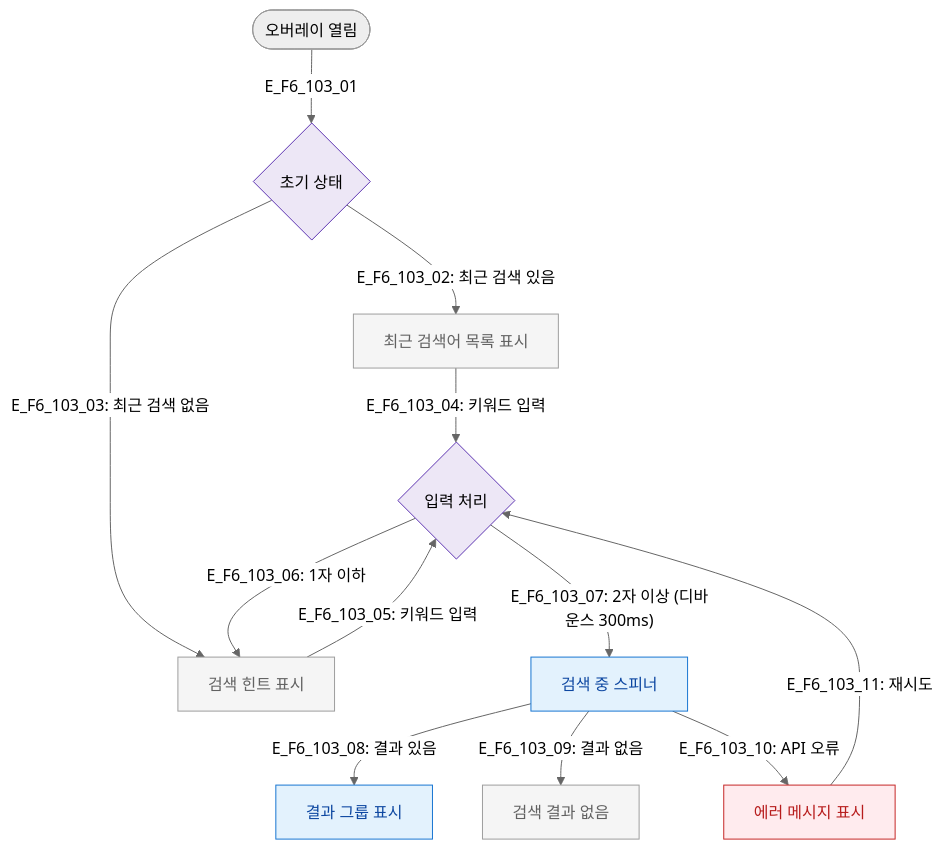
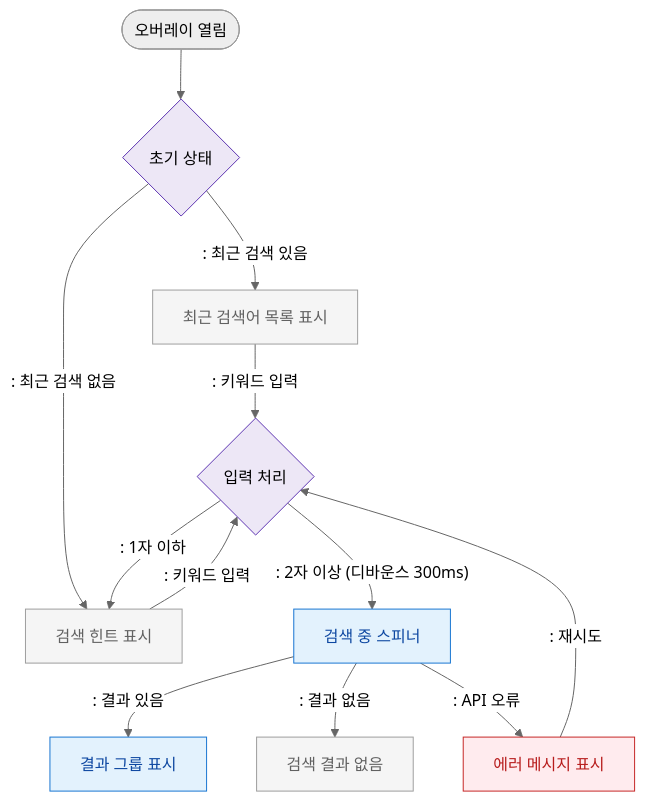
Before and after one commit to dev-spogym/admin-pando: the diagram in docs/다이어그램/D01_공통/SCR-103_글로벌검색/F6_상태별.md, drawn with Mermaid (neutral theme). The commit also changed other lines of this file and 1660 other files, not shown here.

First line of the commit message:
다이어그램: 기획자/클라이언트 납품본으로 정리

````diff
--- a/docs/다이어그램/D01_공통/SCR-103_글로벌검색/F6_상태별.md
+++ b/docs/다이어그램/D01_공통/SCR-103_글로벌검색/F6_상태별.md
@@ -19,28 +17,28 @@
 ```mermaid
 flowchart TD
-    ENTER([오버레이 열림]) -->|E_F6_103_01| INIT{초기 상태}
+    ENTER([오버레이 열림]) --> INIT{초기 상태}
 
-    INIT -->|"E_F6_103_02: 최근 검색 있음"| STATE_RECENT[최근 검색어 목록 표시]
-    INIT -->|"E_F6_103_03: 최근 검색 없음"| STATE_HINT[검색 힌트 표시]
+    INIT -->|": 최근 검색 있음"|STATE_RECENT[최근 검색어 목록 표시]
+    INIT -->|": 최근 검색 없음"|STATE_HINT[검색 힌트 표시]
 
-    STATE_RECENT -->|"E_F6_103_04: 키워드 입력"| TYPING{입력 처리}
-    STATE_HINT -->|"E_F6_103_05: 키워드 입력"| TYPING
+    STATE_RECENT -->|": 키워드 입력"|TYPING{입력 처리}
+    STATE_HINT -->|": 키워드 입력"|TYPING
 
-    TYPING -->|"E_F6_103_06: 1자 이하"| STATE_HINT
-    TYPING -->|"E_F6_103_07: 2자 이상 (디바운스 300ms)"| STATE_LOADING[검색 중 스피너]
+    TYPING -->|": 1자 이하"|STATE_HINT
+    TYPING -->|": 2자 이상 (디바운스 300ms)"|STATE_LOADING[검색 중 스피너]
 
-    STATE_LOADING -->|"E_F6_103_08: 결과 있음"| STATE_RESULTS[결과 그룹 표시]
-    STATE_LOADING -->|"E_F6_103_09: 결과 없음"| STATE_EMPTY[검색 결과 없음]
-    STATE_LOADING -->|"E_F6_103_10: API 오류"| STATE_ERROR[에러 메시지 표시]
+    STATE_LOADING -->|": 결과 있음"|STATE_RESULTS[결과 그룹 표시]
+    STATE_LOADING -->|": 결과 없음"|STATE_EMPTY[검색 결과 없음]
+    STATE_LOADING -->|": API 오류"|STATE_ERROR[에러 메시지 표시]
 
-    STATE_ERROR -->|"E_F6_103_11: 재시도"| TYPING
+    STATE_ERROR -->|": 재시도"|TYPING
 
-    classDef screen      fill:#E3F2FD,stroke:#1976D2,color:#0D47A1
-    classDef system      fill:#EDE7F6,stroke:#5E35B2
-    classDef error       fill:#FFEBEE,stroke:#C62828,color:#B71C1C
+    classDef screen fill:#E3F2FD,stroke:#1976D2,color:#0D47A1
+    classDef system fill:#EDE7F6,stroke:#5E35B2
+    classDef error fill:#FFEBEE,stroke:#C62828,color:#B71C1C
     classDef rbacBlocked fill:#F5F5F5,stroke:#9E9E9E,color:#616161
     class STATE_RESULTS,STATE_LOADING screen
     class STATE_EMPTY,STATE_HINT,STATE_RECENT rbacBlocked
     class STATE_ERROR error
     class INIT,TYPING system
 ```
````
